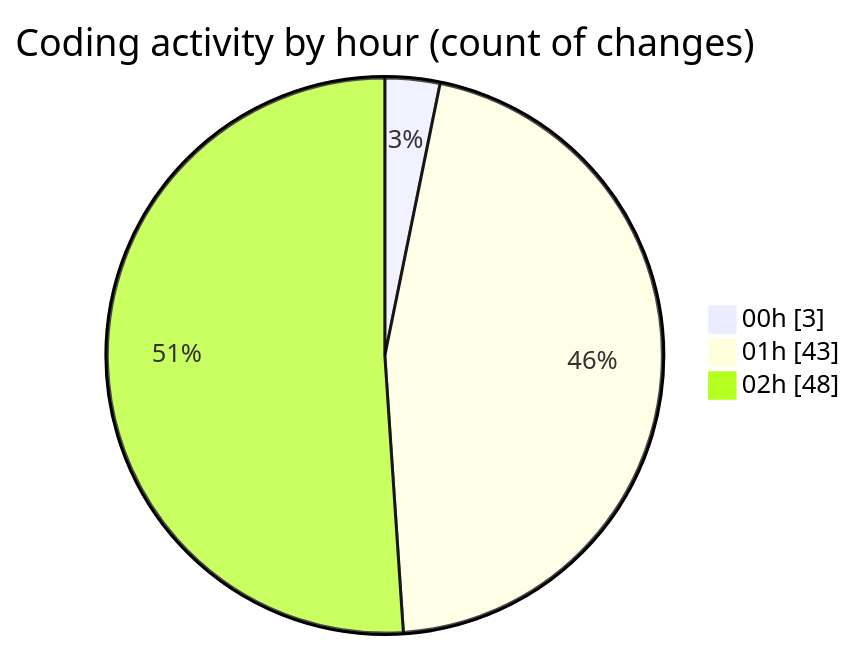
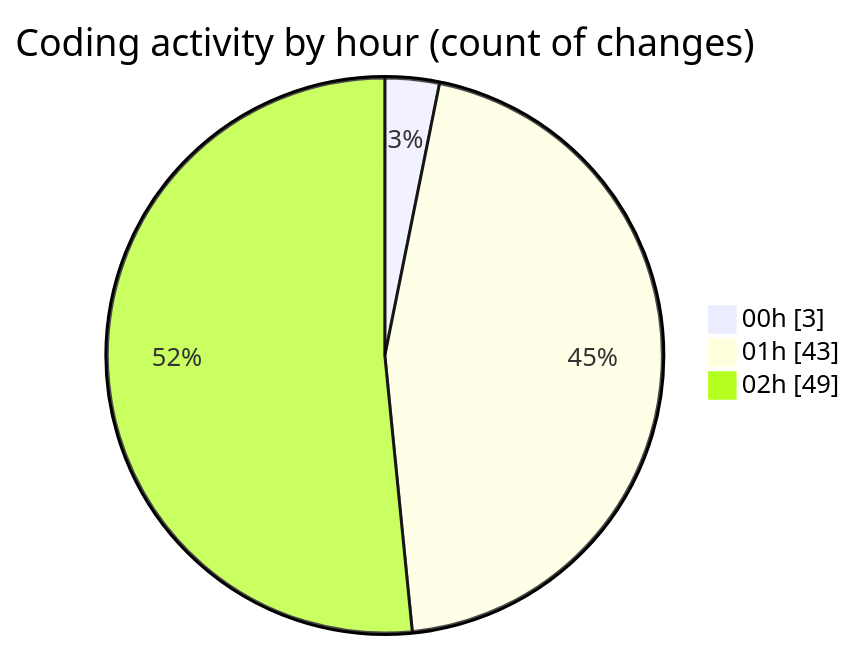
One commit to mevix1/code-tracking changed the second of 2 diagrams in 2025-10-02/oura-api/README.md. Above: the diagram before and after it, drawn with Mermaid. The commit also changed other lines of this file and 1 other file, not shown here.

````diff
--- a/2025-10-02/oura-api/README.md
+++ b/2025-10-02/oura-api/README.md
@@ -97,7 +98,7 @@
 ```mermaid
 pie showData
 title Coding activity by hour (count of changes)
 "00h" : 3
 "01h" : 43
-"02h" : 48
+"02h" : 49
 ```
````
